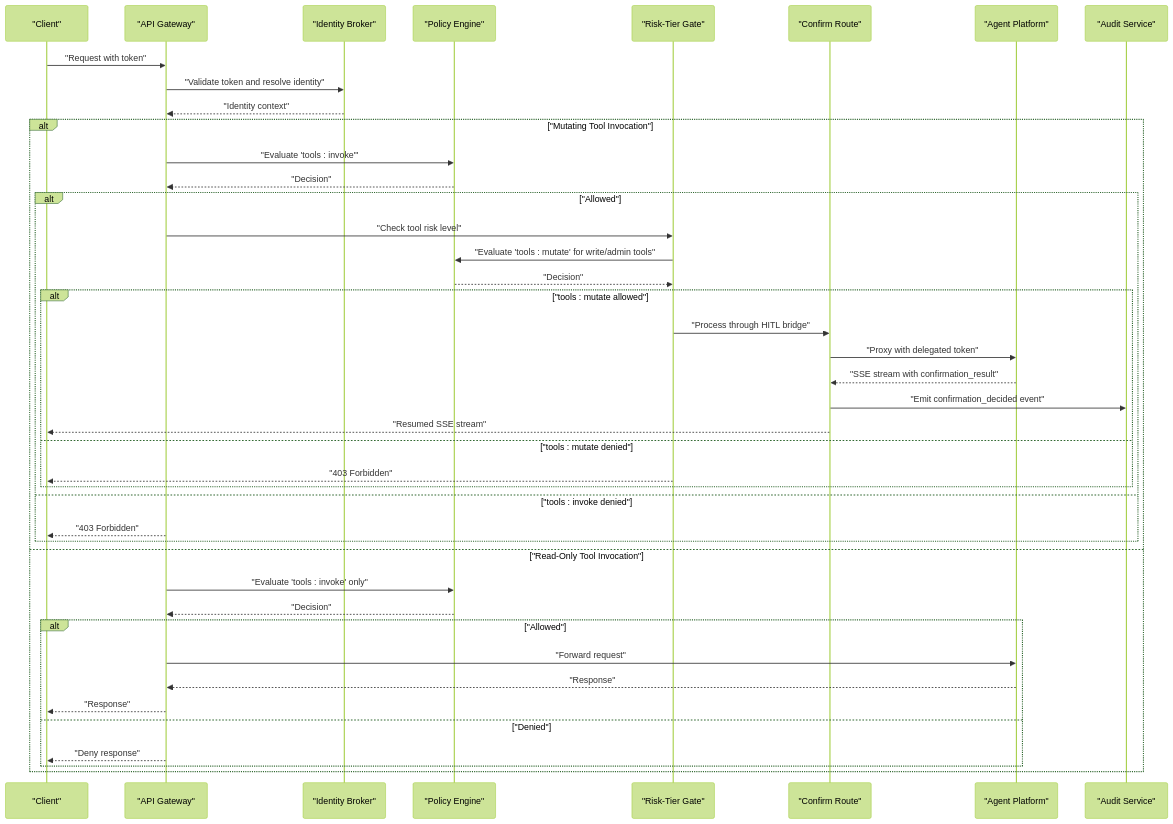
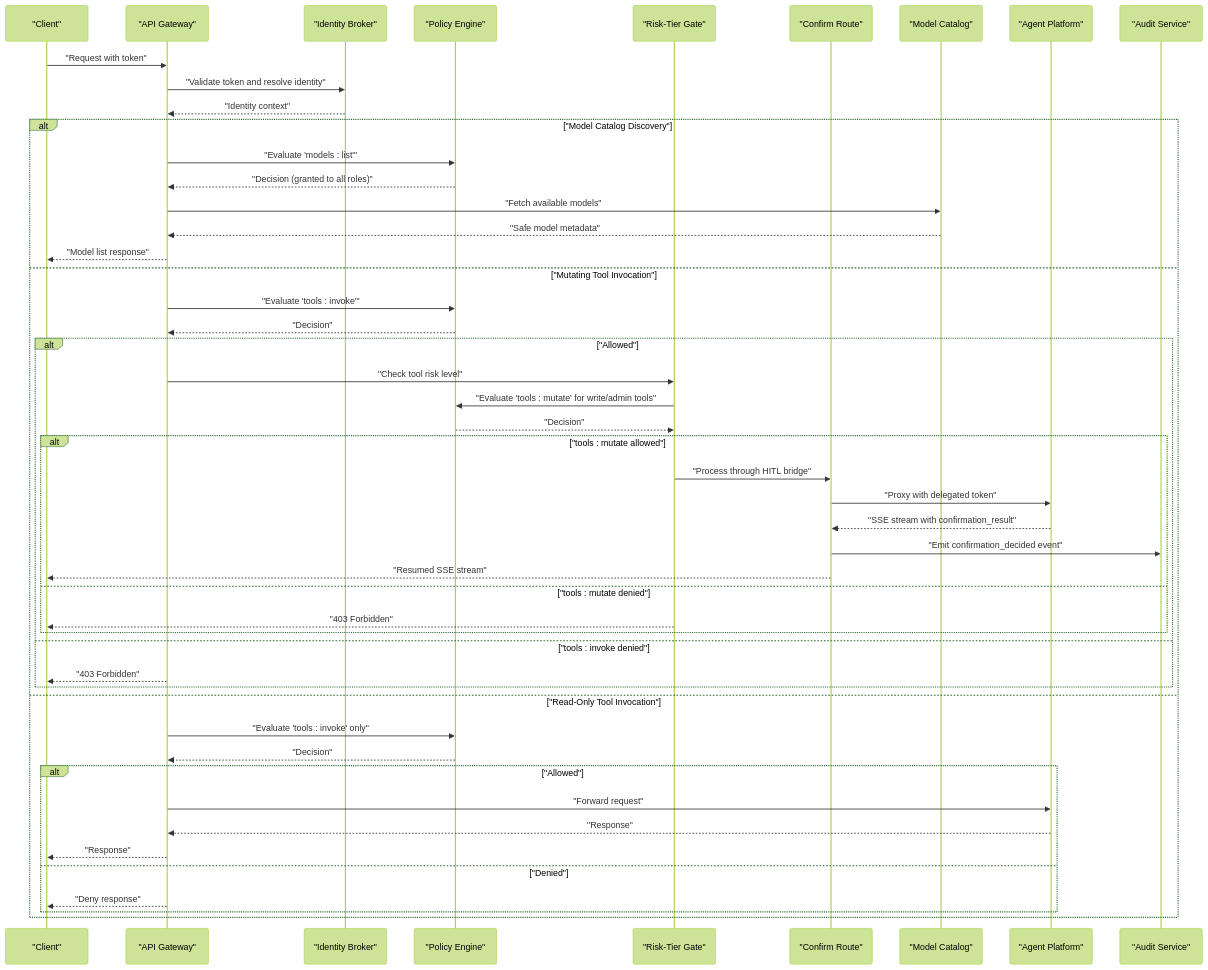
Before and after one commit to metasync/luban-aiops: the second of 5 diagrams in .qoder/repowiki/en/content/Policy Management/Policy Management.md, drawn with Mermaid (forest theme). The commit also changed other lines of this file and 24 other files, not shown here.

````diff
--- a/.qoder/repowiki/en/content/Policy Management/Policy Management.md
+++ b/.qoder/repowiki/en/content/Policy Management/Policy Management.md
@@ -245,44 +269,51 @@
 ```mermaid
 sequenceDiagram
 participant Client as "Client"
 participant Gateway as "API Gateway"
 participant Identity as "Identity Broker"
 participant Engine as "Policy Engine"
 participant RiskGate as "Risk-Tier Gate"
 participant Confirm as "Confirm Route"
+participant ModelCatalog as "Model Catalog"
 participant Agent as "Agent Platform"
 participant Audit as "Audit Service"
 Client->>Gateway : "Request with token"
 Gateway->>Identity : "Validate token and resolve identity"
 Identity-->>Gateway : "Identity context"
-alt "Mutating Tool Invocation"
+alt "Model Catalog Discovery"
+Gateway->>Engine : "Evaluate 'models : list'"
+Engine-->>Gateway : "Decision (granted to all roles)"
+Gateway->>ModelCatalog : "Fetch available models"
+ModelCatalog-->>Gateway : "Safe model metadata"
+Gateway-->>Client : "Model list response"
+else "Mutating Tool Invocation"
 Gateway->>Engine : "Evaluate 'tools : invoke'"
 Engine-->>Gateway : "Decision"
 alt "Allowed"
 Gateway->>RiskGate : "Check tool risk level"
 RiskGate->>Engine : "Evaluate 'tools : mutate' for write/admin tools"
 Engine-->>RiskGate : "Decision"
 alt "tools : mutate allowed"
 RiskGate->>Confirm : "Process through HITL bridge"
 Confirm->>Agent : "Proxy with delegated token"
 Agent-->>Confirm : "SSE stream with confirmation_result"
 Confirm->>Audit : "Emit confirmation_decided event"
 Confirm-->>Client : "Resumed SSE stream"
 else "tools : mutate denied"
 RiskGate-->>Client : "403 Forbidden"
 end
 else "tools : invoke denied"
 Gateway-->>Client : "403 Forbidden"
 end
 else "Read-Only Tool Invocation"
 Gateway->>Engine : "Evaluate 'tools : invoke' only"
 Engine-->>Gateway : "Decision"
 alt "Allowed"
 Gateway->>Agent : "Forward request"
 Agent-->>Gateway : "Response"
 Gateway-->>Client : "Response"
 else "Denied"
 Gateway-->>Client : "Deny response"
 end
 end
 ```
````
